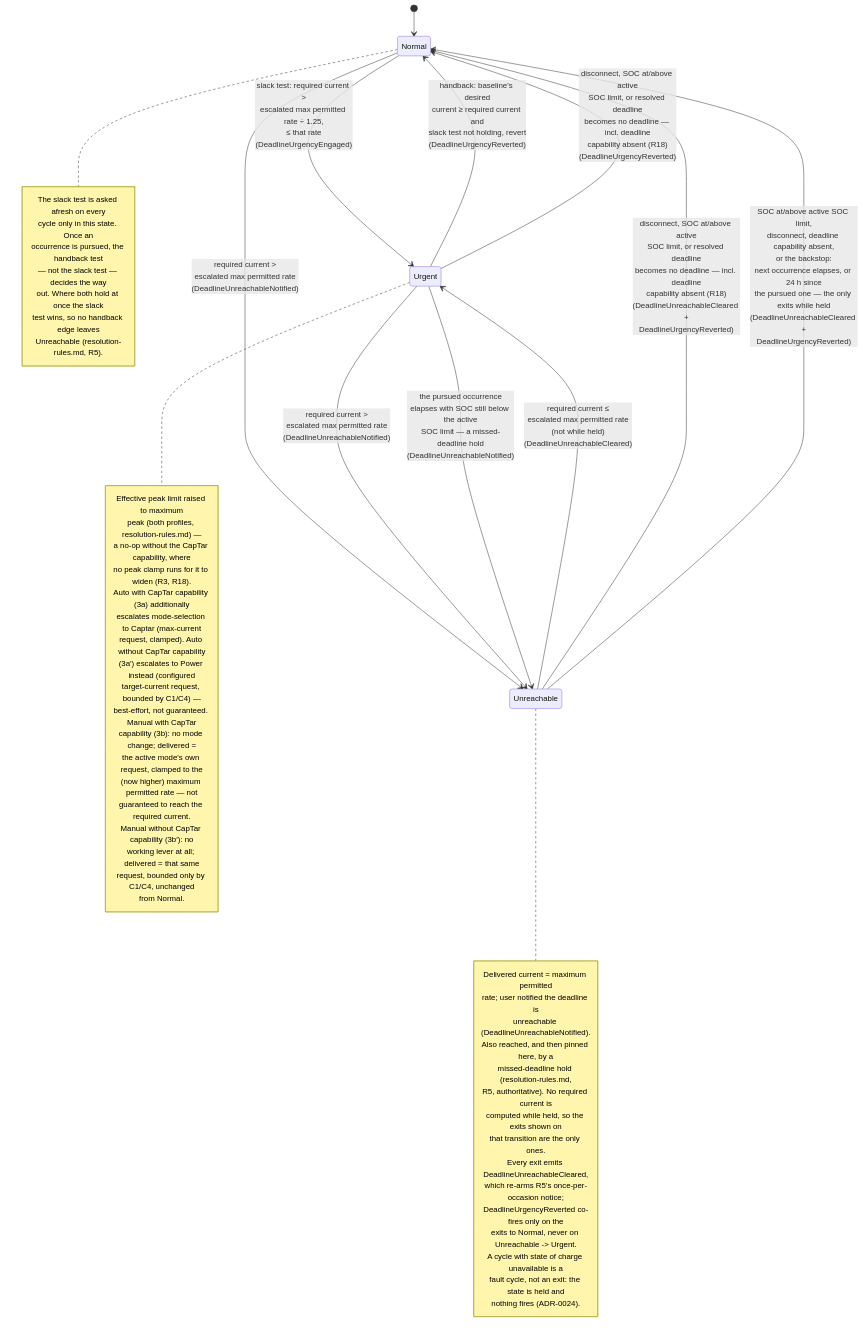
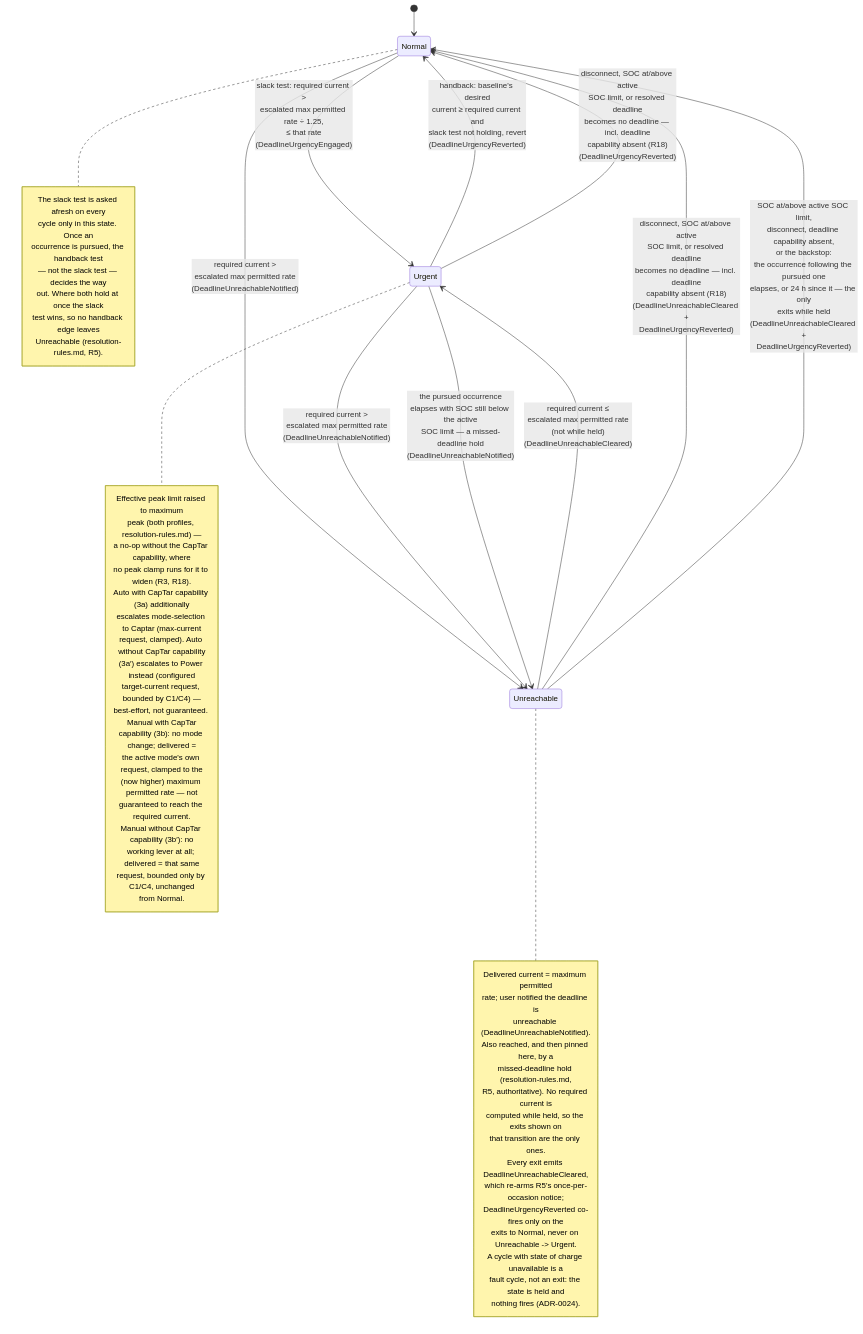
The diagram in docs/analysis/use-cases/UC05-guarantee-ready-by-departure.md (kristofdegrave/homeassistant-smart-charging), drawn with Mermaid before and after one commit. The commit also changed 2 other files, not shown here.

First paragraph of the commit message:
docs: record R5's carve-outs, its smoothed baseline, and drop flag vocabulary
Design-doc pass over the sites #1141 collected while #1137/#1151 landed.

````diff
--- a/docs/analysis/use-cases/UC05-guarantee-ready-by-departure.md
+++ b/docs/analysis/use-cases/UC05-guarantee-ready-by-departure.md
@@ -111,59 +111,59 @@
 ```mermaid
 stateDiagram-v2
     [*] --> Normal
     Normal --> Urgent: slack test: required current ><br/>escalated max permitted rate ÷ 1.25,<br/>≤ that rate<br/>(DeadlineUrgencyEngaged)
     Normal --> Unreachable: required current ><br/>escalated max permitted rate<br/>(DeadlineUnreachableNotified)
     Urgent --> Normal: handback: baseline's desired<br/>current ≥ required current and<br/>slack test not holding, revert<br/>(DeadlineUrgencyReverted)
     Urgent --> Unreachable: required current ><br/>escalated max permitted rate<br/>(DeadlineUnreachableNotified)
     Urgent --> Unreachable: the pursued occurrence<br/>elapses with SOC still below the active<br/>SOC limit — a missed-deadline hold<br/>(DeadlineUnreachableNotified)
     Urgent --> Normal: disconnect, SOC at/above active<br/>SOC limit, or resolved deadline<br/>becomes no deadline — incl. deadline<br/>capability absent (R18)<br/>(DeadlineUrgencyReverted)
     Unreachable --> Urgent: required current ≤<br/>escalated max permitted rate<br/>(not while held)<br/>(DeadlineUnreachableCleared)
     Unreachable --> Normal: disconnect, SOC at/above active<br/>SOC limit, or resolved deadline<br/>becomes no deadline — incl. deadline<br/>capability absent (R18)<br/>(DeadlineUnreachableCleared +<br/>DeadlineUrgencyReverted)
-    Unreachable --> Normal: SOC at/above active SOC limit,<br/>disconnect, deadline capability absent,<br/>or the backstop:<br/>next occurrence elapses, or 24 h since<br/>the pursued one — the only exits while held<br/>(DeadlineUnreachableCleared +<br/>DeadlineUrgencyReverted)
+    Unreachable --> Normal: SOC at/above active SOC limit,<br/>disconnect, deadline capability absent,<br/>or the backstop:<br/>the occurrence following the pursued one<br/>elapses, or 24 h since it — the only<br/>exits while held<br/>(DeadlineUnreachableCleared +<br/>DeadlineUrgencyReverted)
     note right of Normal
         The slack test is asked afresh on every
         cycle only in this state. Once an
         occurrence is pursued, the handback test
         — not the slack test — decides the way
         out. Where both hold at once the slack
         test wins, so no handback edge leaves
         Unreachable (resolution-rules.md, R5).
     end note
     note right of Urgent
         Effective peak limit raised to maximum
         peak (both profiles, resolution-rules.md) —
         a no-op without the CapTar capability, where
         no peak clamp runs for it to widen (R3, R18).
         Auto with CapTar capability (3a) additionally
         escalates mode-selection to Captar (max-current
         request, clamped). Auto without CapTar capability
         (3a′) escalates to Power instead (configured
         target-current request, bounded by C1/C4) —
         best-effort, not guaranteed. Manual with CapTar
         capability (3b): no mode change; delivered =
         the active mode's own request, clamped to the
         (now higher) maximum permitted rate — not
         guaranteed to reach the required current.
         Manual without CapTar capability (3b′): no
         working lever at all; delivered = that same
         request, bounded only by C1/C4, unchanged
         from Normal.
     end note
     note right of Unreachable
         Delivered current = maximum permitted
         rate; user notified the deadline is
         unreachable (DeadlineUnreachableNotified).
         Also reached, and then pinned here, by a
         missed-deadline hold (resolution-rules.md,
         R5, authoritative). No required current is
         computed while held, so the exits shown on
         that transition are the only ones.
         Every exit emits DeadlineUnreachableCleared,
         which re-arms R5's once-per-occasion notice;
         DeadlineUrgencyReverted co-fires only on the
         exits to Normal, never on Unreachable -> Urgent.
         A cycle with state of charge unavailable is a
         fault cycle, not an exit: the state is held and
         nothing fires (ADR-0024).
     end note
 ```
````
